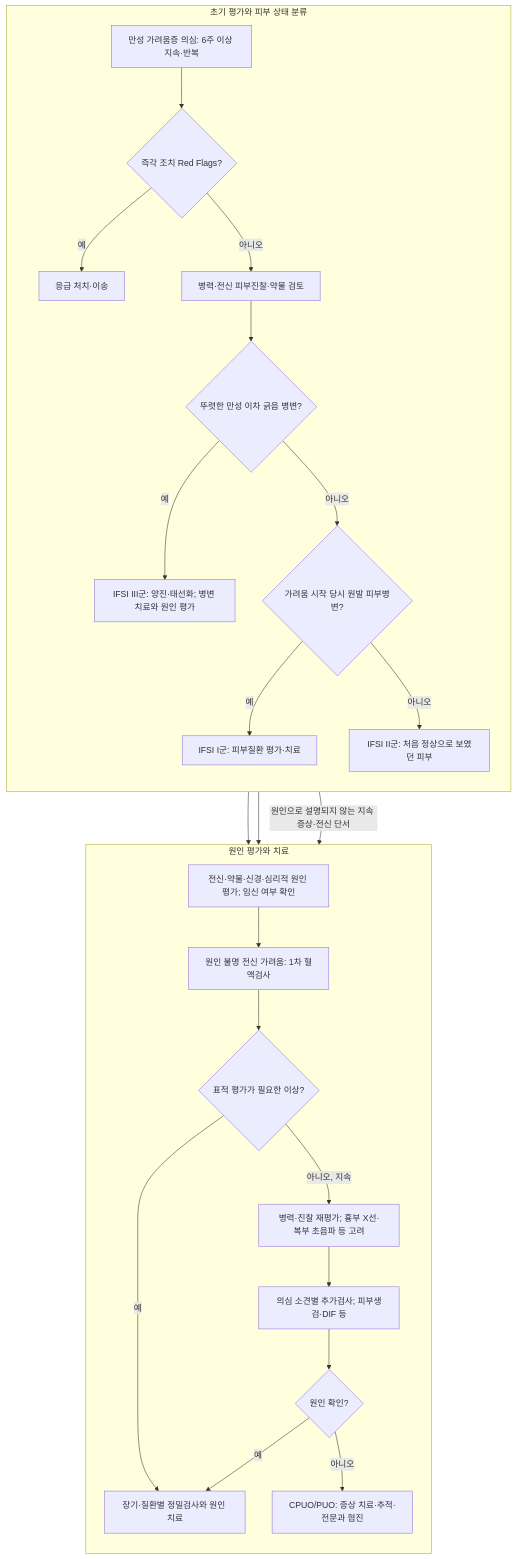
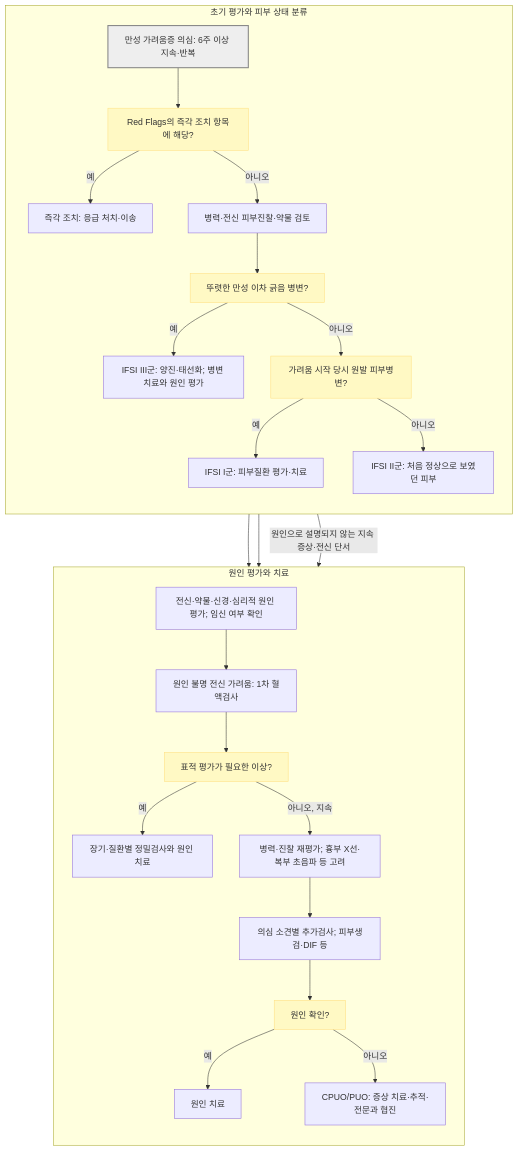
Before and after one commit to familyoh77/familyoh77: the diagram in 229_/157_-chronic-pruritus.md, drawn with Mermaid. The commit also changed other lines of this file and 16 other files, not shown here.

````diff
--- a/229_/157_-chronic-pruritus.md
+++ b/229_/157_-chronic-pruritus.md
@@ -148,28 +142,32 @@
 ```mermaid
 flowchart TB
     subgraph S1["초기 평가와 피부 상태 분류"]
         direction TB
-        A["만성 가려움증 의심: 6주 이상 지속·반복"] --> R{"즉각 조치 Red Flags?"}
-        R -->|예| ER["응급 처치·이송"]
-        R -->|아니오| B["병력·전신 피부진찰·약물 검토"]
-        B --> C{"뚜렷한 만성 이차 긁음 병변?"}
-        C -->|예| III["IFSI III군: 양진·태선화; 병변 치료와 원인 평가"]
-        C -->|아니오| P{"가려움 시작 당시 원발 피부병변?"}
-        P -->|예| I["IFSI I군: 피부질환 평가·치료"]
-        P -->|아니오| II["IFSI II군: 처음 정상으로 보였던 피부"]
+        A["만성 가려움증 의심: 6주 이상 지속·반복"] --> R["Red Flags의 즉각 조치 항목에 해당?"]
+        R -- "예" --> ER["즉각 조치: 응급 처치·이송"]
+        R -- "아니오" --> B["병력·전신 피부진찰·약물 검토"]
+        B --> C["뚜렷한 만성 이차 긁음 병변?"]
+        C -- "예" --> III["IFSI III군: 양진·태선화; 병변 치료와 원인 평가"]
+        C -- "아니오" --> P["가려움 시작 당시 원발 피부병변?"]
+        P -- "예" --> I["IFSI I군: 피부질환 평가·치료"]
+        P -- "아니오" --> II["IFSI II군: 처음 정상으로 보였던 피부"]
     end
     subgraph S2["원인 평가와 치료"]
         direction TB
         G["전신·약물·신경·심리적 원인 평가; 임신 여부 확인"] --> H["원인 불명 전신 가려움: 1차 혈액검사"]
-        H --> J{"표적 평가가 필요한 이상?"}
-        J -->|예| K["장기·질환별 정밀검사와 원인 치료"]
-        J -->|아니오, 지속| L["병력·진찰 재평가; 흉부 X선·복부 초음파 등 고려"]
+        H --> J["표적 평가가 필요한 이상?"]
+        J -- "예" --> K["장기·질환별 정밀검사와 원인 치료"]
+        J -- "아니오, 지속" --> L["병력·진찰 재평가; 흉부 X선·복부 초음파 등 고려"]
         L --> M["의심 소견별 추가검사; 피부생검·DIF 등"]
-        M --> N{"원인 확인?"}
-        N -->|예| K
-        N -->|아니오| O["CPUO/PUO: 증상 치료·추적·전문과 협진"]
+        M --> N["원인 확인?"]
+        N -- "예" --> K2["원인 치료"]
+        N -- "아니오" --> O["CPUO/PUO: 증상 치료·추적·전문과 협진"]
     end
     III --> G
     II --> G
-    I -->|원인으로 설명되지 않는 지속 증상·전신 단서| G
+    I -- "원인으로 설명되지 않는 지속 증상·전신 단서" --> G
+
+    classDef question fill:#fff9c4,stroke:#ffe082
+    class R,C,P,J,N question
+    style A fill:#eeeeee,stroke:#888888,stroke-width:2px
 ```
````
